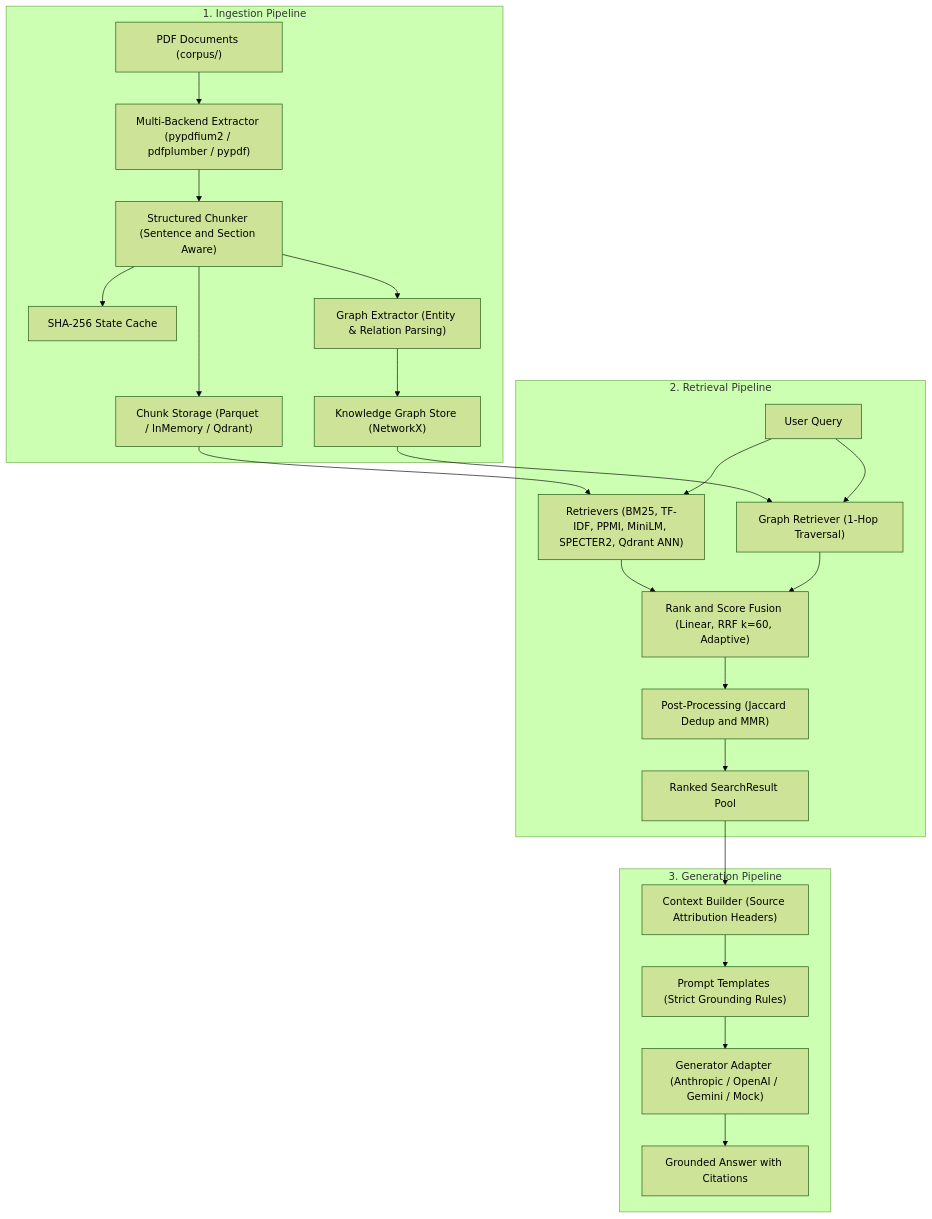
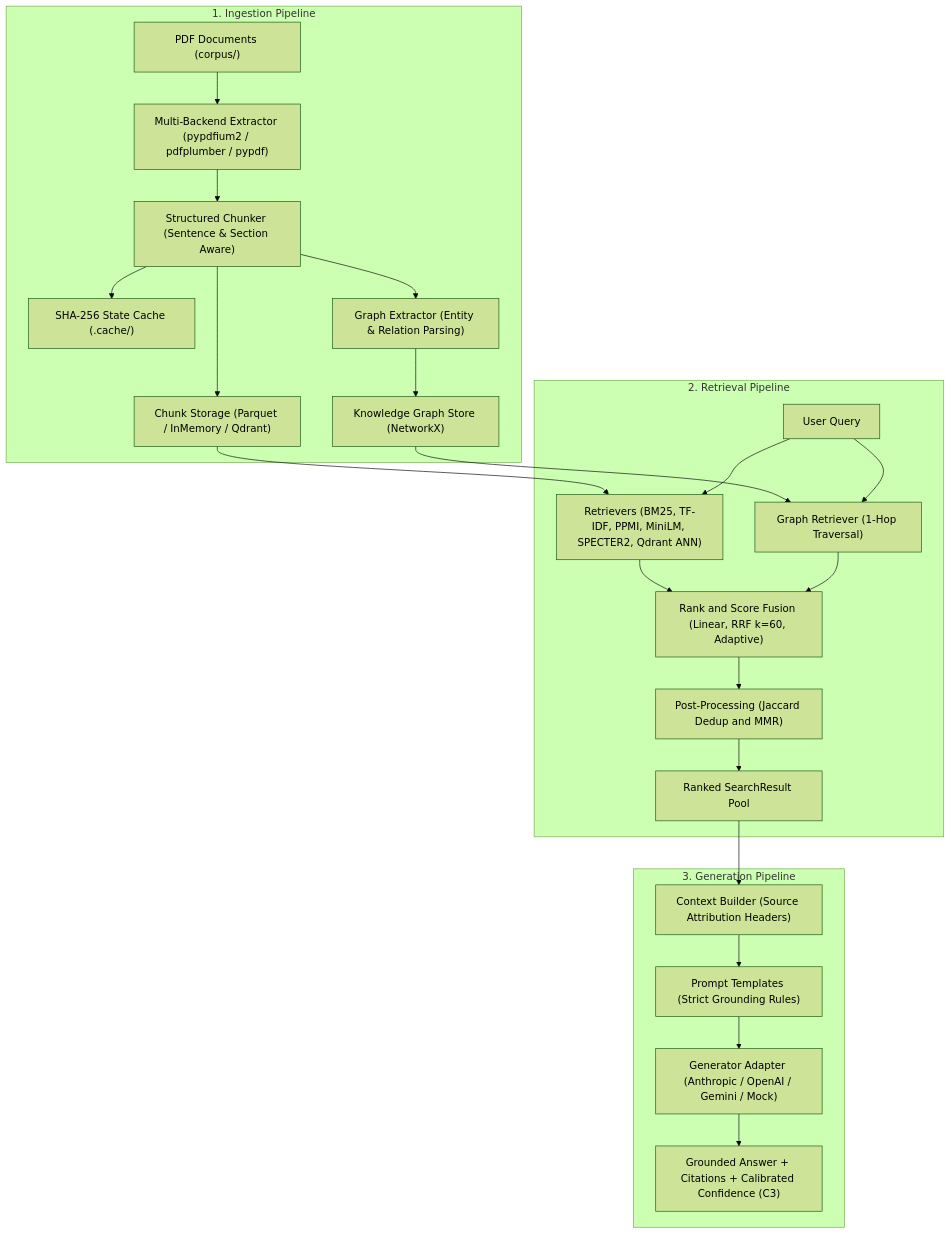
Before and after one commit to amitpuri/Document-Hybrid-Search-RAG-Architecture: the diagram in docs/researchpaper.md, drawn with Mermaid (forest theme). The commit also changed other lines of this file, not shown here.

````diff
--- a/docs/researchpaper.md
+++ b/docs/researchpaper.md
@@ -88,29 +89,29 @@
 ```mermaid
 flowchart TD
     subgraph P1["1. Ingestion Pipeline"]
         PDFs["PDF Documents (corpus/)"] --> Extractor["Multi-Backend Extractor (pypdfium2 / pdfplumber / pypdf)"]
-        Extractor --> Chunker["Structured Chunker (Sentence and Section Aware)"]
-        Chunker --> Cache["SHA-256 State Cache"]
+        Extractor --> Chunker["Structured Chunker (Sentence & Section Aware)"]
+        Chunker --> Cache["SHA-256 State Cache (.cache/)"]
         Chunker --> Store["Chunk Storage (Parquet / InMemory / Qdrant)"]
         Chunker --> GraphExt["Graph Extractor (Entity & Relation Parsing)"]
         GraphExt --> GraphStore["Knowledge Graph Store (NetworkX)"]
     end
 
     subgraph P2["2. Retrieval Pipeline"]
         Store --> Retrievers["Retrievers (BM25, TF-IDF, PPMI, MiniLM, SPECTER2, Qdrant ANN)"]
         GraphStore --> GraphRet["Graph Retriever (1-Hop Traversal)"]
         Query["User Query"] --> Retrievers
         Query --> GraphRet
         Retrievers --> Fusion["Rank and Score Fusion (Linear, RRF k=60, Adaptive)"]
         GraphRet --> Fusion
         Fusion --> PostProc["Post-Processing (Jaccard Dedup and MMR)"]
         PostProc --> TopChunks["Ranked SearchResult Pool"]
     end
 
     subgraph P3["3. Generation Pipeline"]
         TopChunks --> CtxBuilder["Context Builder (Source Attribution Headers)"]
         CtxBuilder --> Prompt["Prompt Templates (Strict Grounding Rules)"]
         Prompt --> Gen["Generator Adapter (Anthropic / OpenAI / Gemini / Mock)"]
-        Gen --> Output["Grounded Answer with Citations"]
+        Gen --> Output["Grounded Answer + Citations + Calibrated Confidence (C3)"]
     end
 ```
````
